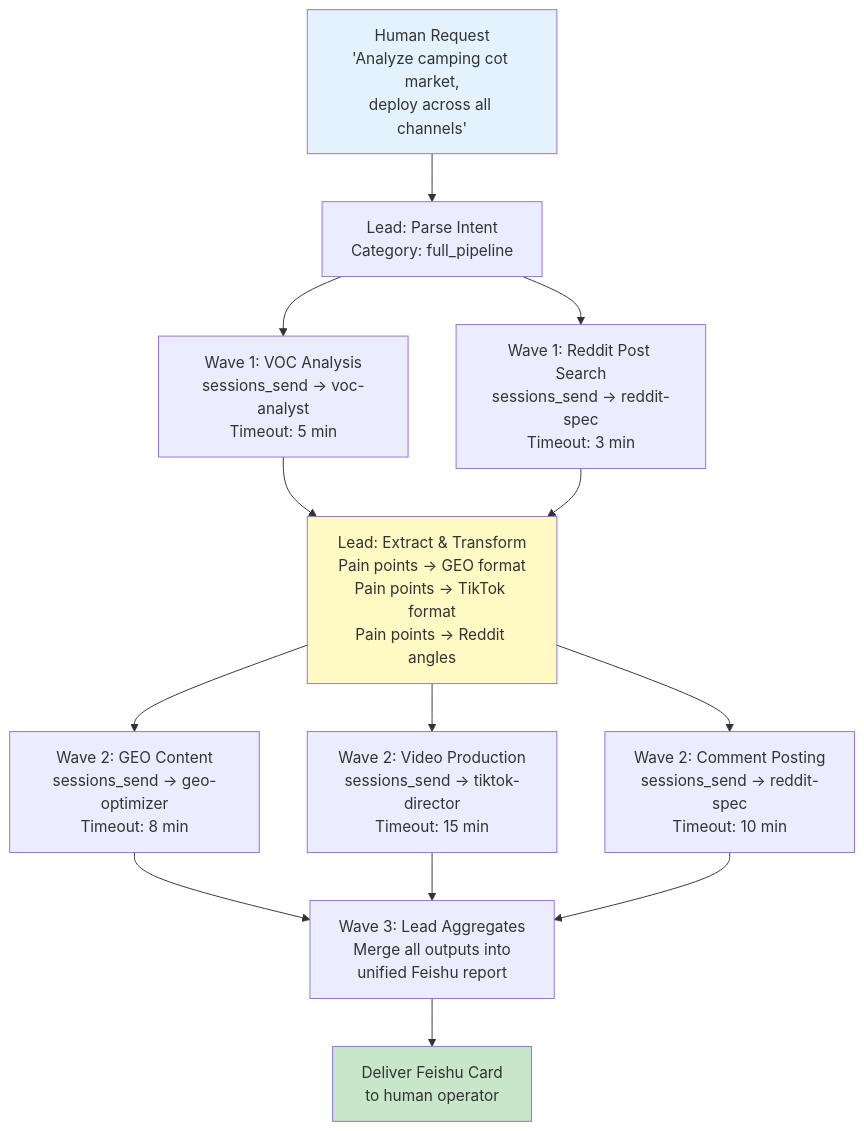
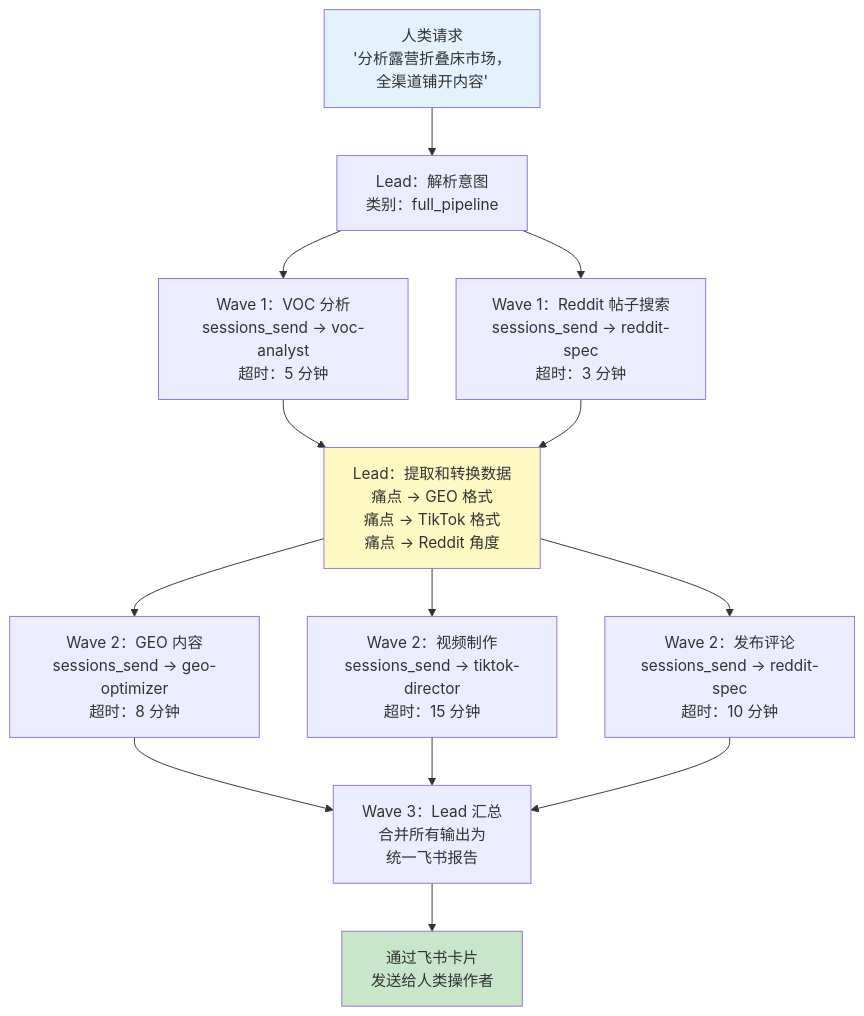
Before and after one commit to chan-kinghin/e-commerce-claw: the first of 6 diagrams in plans/PLAN-lead-orchestrator.md, drawn with Mermaid. The commit also changed other lines of this file and 55 other files, not shown here.

````diff
--- a/plans/PLAN-lead-orchestrator.md
+++ b/plans/PLAN-lead-orchestrator.md
@@ -337,25 +337,25 @@
 ```mermaid
 graph TD
-    START["Human Request<br/>'Analyze camping cot market,<br/>deploy across all channels'"] --> PARSE["Lead: Parse Intent<br/>Category: full_pipeline"]
+    START["人类请求<br/>'分析露营折叠床市场，<br/>全渠道铺开内容'"] --> PARSE["Lead：解析意图<br/>类别：full_pipeline"]
 
-    PARSE --> W1_VOC["Wave 1: VOC Analysis<br/>sessions_send -> voc-analyst<br/>Timeout: 5 min"]
-    PARSE --> W1_REDDIT["Wave 1: Reddit Post Search<br/>sessions_send -> reddit-spec<br/>Timeout: 3 min"]
+    PARSE --> W1_VOC["Wave 1：VOC 分析<br/>sessions_send -> voc-analyst<br/>超时：5 分钟"]
+    PARSE --> W1_REDDIT["Wave 1：Reddit 帖子搜索<br/>sessions_send -> reddit-spec<br/>超时：3 分钟"]
 
-    W1_VOC --> EXTRACT["Lead: Extract & Transform<br/>Pain points -> GEO format<br/>Pain points -> TikTok format<br/>Pain points -> Reddit angles"]
+    W1_VOC --> EXTRACT["Lead：提取和转换数据<br/>痛点 -> GEO 格式<br/>痛点 -> TikTok 格式<br/>痛点 -> Reddit 角度"]
 
     W1_REDDIT --> EXTRACT
 
-    EXTRACT --> W2_GEO["Wave 2: GEO Content<br/>sessions_send -> geo-optimizer<br/>Timeout: 8 min"]
-    EXTRACT --> W2_TIKTOK["Wave 2: Video Production<br/>sessions_send -> tiktok-director<br/>Timeout: 15 min"]
-    EXTRACT --> W2_REDDIT["Wave 2: Comment Posting<br/>sessions_send -> reddit-spec<br/>Timeout: 10 min"]
+    EXTRACT --> W2_GEO["Wave 2：GEO 内容<br/>sessions_send -> geo-optimizer<br/>超时：8 分钟"]
+    EXTRACT --> W2_TIKTOK["Wave 2：视频制作<br/>sessions_send -> tiktok-director<br/>超时：15 分钟"]
+    EXTRACT --> W2_REDDIT["Wave 2：发布评论<br/>sessions_send -> reddit-spec<br/>超时：10 分钟"]
 
-    W2_GEO --> AGG["Wave 3: Lead Aggregates<br/>Merge all outputs into<br/>unified Feishu report"]
+    W2_GEO --> AGG["Wave 3：Lead 汇总<br/>合并所有输出为<br/>统一飞书报告"]
     W2_TIKTOK --> AGG
     W2_REDDIT --> AGG
 
-    AGG --> REPORT["Deliver Feishu Card<br/>to human operator"]
+    AGG --> REPORT["通过飞书卡片<br/>发送给人类操作者"]
 
     style START fill:#E3F2FD
     style REPORT fill:#C8E6C9
     style EXTRACT fill:#FFF9C4
 ```
````
